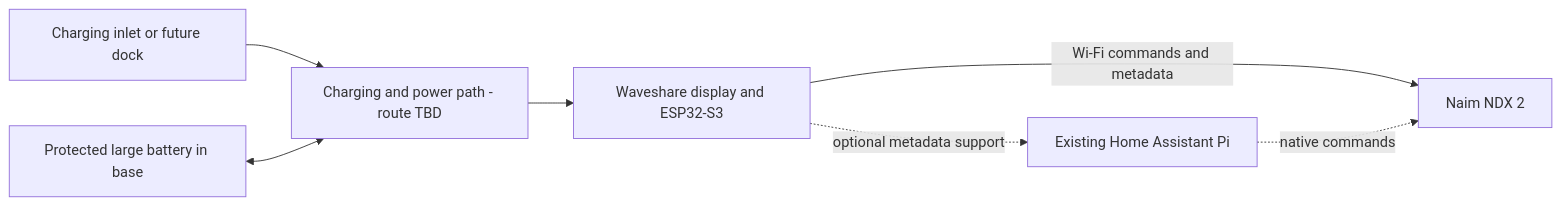
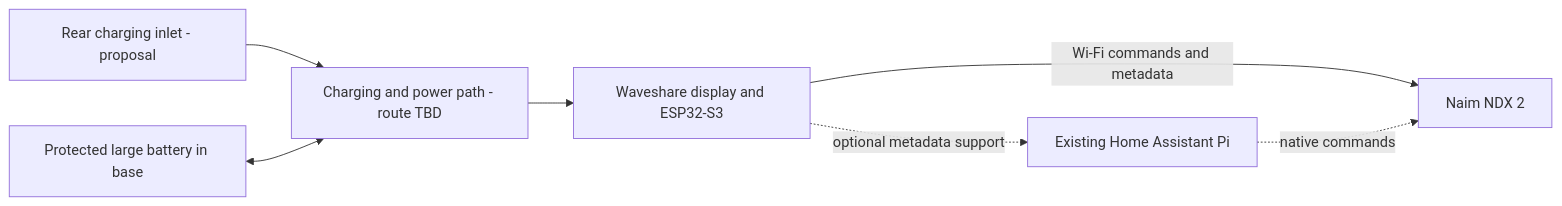
The diagram in docs/hardware/design.md (LeweeLewee/NDX2-Controller), drawn with Mermaid before and after one commit. The commit also changed other lines of this file and 13 other files, not shown here.

````diff
--- a/docs/hardware/design.md
+++ b/docs/hardware/design.md
@@ -25,9 +25,9 @@
 ```mermaid
 flowchart LR
-    USB[Charging inlet or future dock] --> POWER[Charging and power path - route TBD]
+    USB[Rear charging inlet - proposal] --> POWER[Charging and power path - route TBD]
     BAT[Protected large battery in base] <--> POWER
     POWER --> DISPLAY[Waveshare display and ESP32-S3]
     DISPLAY -->|Wi-Fi commands and metadata| NDX[Naim NDX 2]
     DISPLAY -. optional metadata support .-> PI[Existing Home Assistant Pi]
     PI -. native commands .-> NDX
 ```
````
